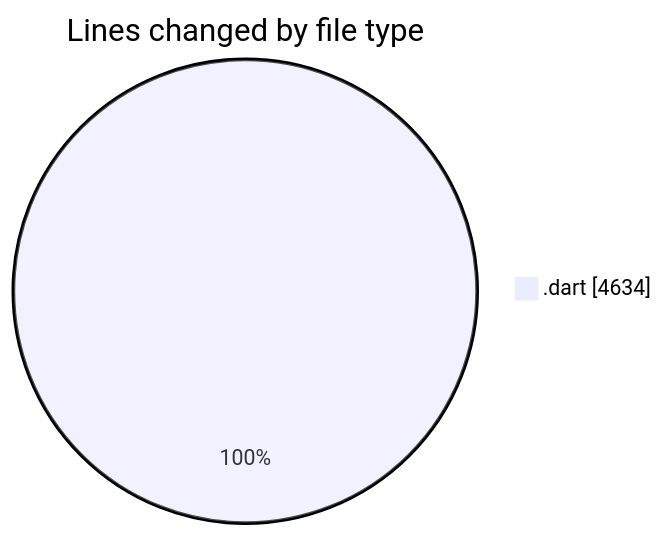
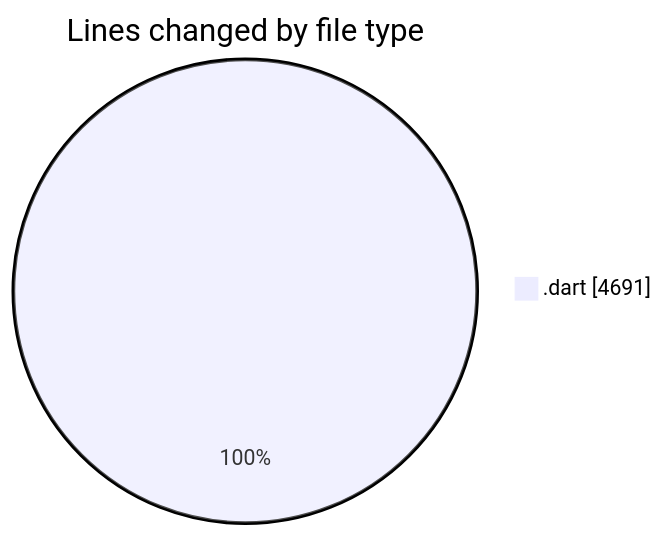
One commit to lephambinh05/code-tracking changed the first of 2 diagrams in 2025-08-28/studybuddy/README.md. Above: the diagram before and after it, drawn with Mermaid. The commit also changed other lines of this file and 1 other file, not shown here.

````diff
--- a/2025-08-28/studybuddy/README.md
+++ b/2025-08-28/studybuddy/README.md
@@ -29,5 +29,5 @@
 ```mermaid
 pie showData
 title Lines changed by file type
-".dart" : 4634
+".dart" : 4691
 ```
````
